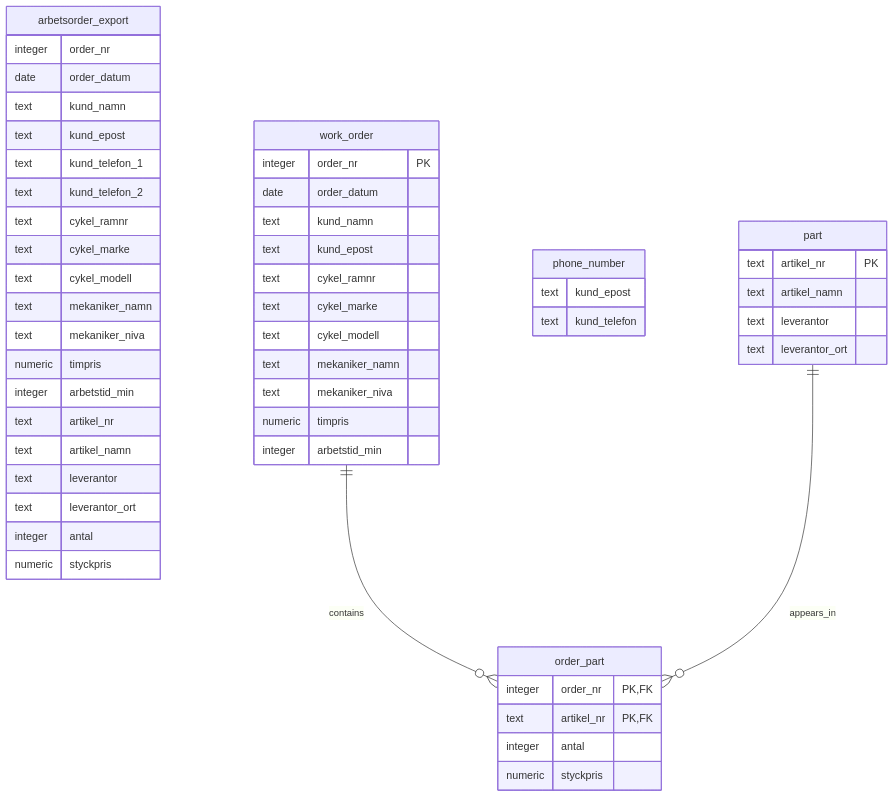
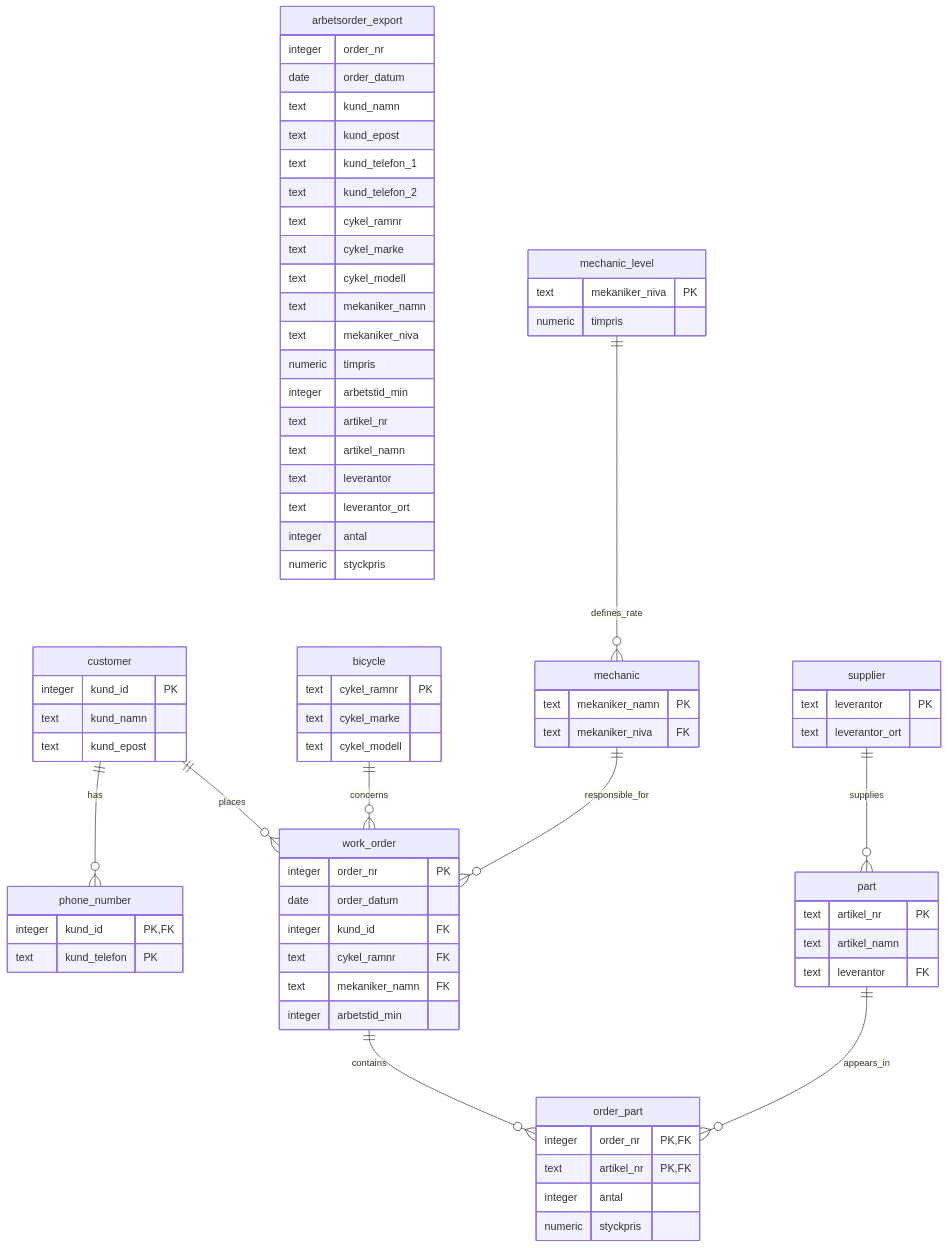
Before and after one commit to Cliveswe/Cykelverkstaden: the diagram in README.md, drawn with Mermaid. The commit also changed other lines of this file, not shown here.

````diff
--- a/README.md
+++ b/README.md
@@ -15,6 +15,5 @@
 ```mermaid
 erDiagram
-    %% Original spreadsheet-style source relation
     arbetsorder_export {
         integer order_nr
         date order_datum
@@ -37,37 +36,53 @@
         numeric styckpris
     }
 
-    %% Relation created in the 1NF step.
-    %% It initially retained the spare-part columns.
+    customer {
+        integer kund_id PK
+        text kund_namn
+        text kund_epost
+    }
+
+    phone_number {
+        integer kund_id PK, FK
+        text kund_telefon PK
+    }
+
+    bicycle {
+        text cykel_ramnr PK
+        text cykel_marke
+        text cykel_modell
+    }
+
+    mechanic_level {
+        text mekaniker_niva PK
+        numeric timpris
+    }
+
+    mechanic {
+        text mekaniker_namn PK
+        text mekaniker_niva FK
+    }
+
+    supplier {
+        text leverantor PK
+        text leverantor_ort
+    }
+
+    part {
+        text artikel_nr PK
+        text artikel_namn
+        text leverantor FK
+    }
+
     work_order {
         integer order_nr PK
         date order_datum
-        text kund_namn
-        text kund_epost
-        text cykel_ramnr
-        text cykel_marke
-        text cykel_modell
-        text mekaniker_namn
-        text mekaniker_niva
-        numeric timpris
+        integer kund_id FK
+        text cykel_ramnr FK
+        text mekaniker_namn FK
         integer arbetstid_min
     }
 
-    %% One row per customer-email and phone-number pair
-    phone_number {
-        text kund_epost
-        text kund_telefon
-    }
-
-    %% One row per spare part
-    part {
-        text artikel_nr PK
-        text artikel_namn
-        text leverantor
-        text leverantor_ort
-    }
-
-    %% One row per work order and spare part
     order_part {
         integer order_nr PK, FK
         text artikel_nr PK, FK
@@ -75,6 +90,12 @@
         numeric styckpris
     }
 
+    customer ||--o{ phone_number : has
+    customer ||--o{ work_order : places
+    bicycle ||--o{ work_order : concerns
+    mechanic ||--o{ work_order : responsible_for
+    mechanic_level ||--o{ mechanic : defines_rate
+    supplier ||--o{ part : supplies
     work_order ||--o{ order_part : contains
     part ||--o{ order_part : appears_in
 ```
````
